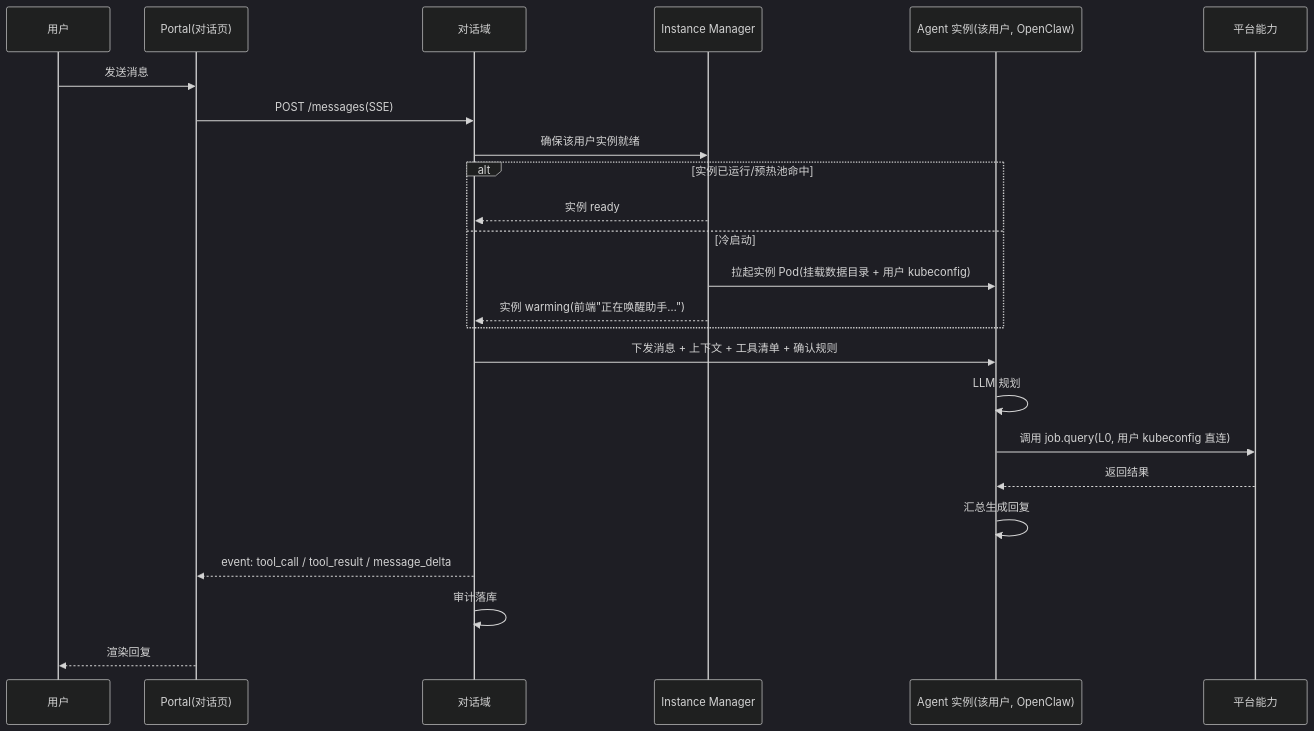
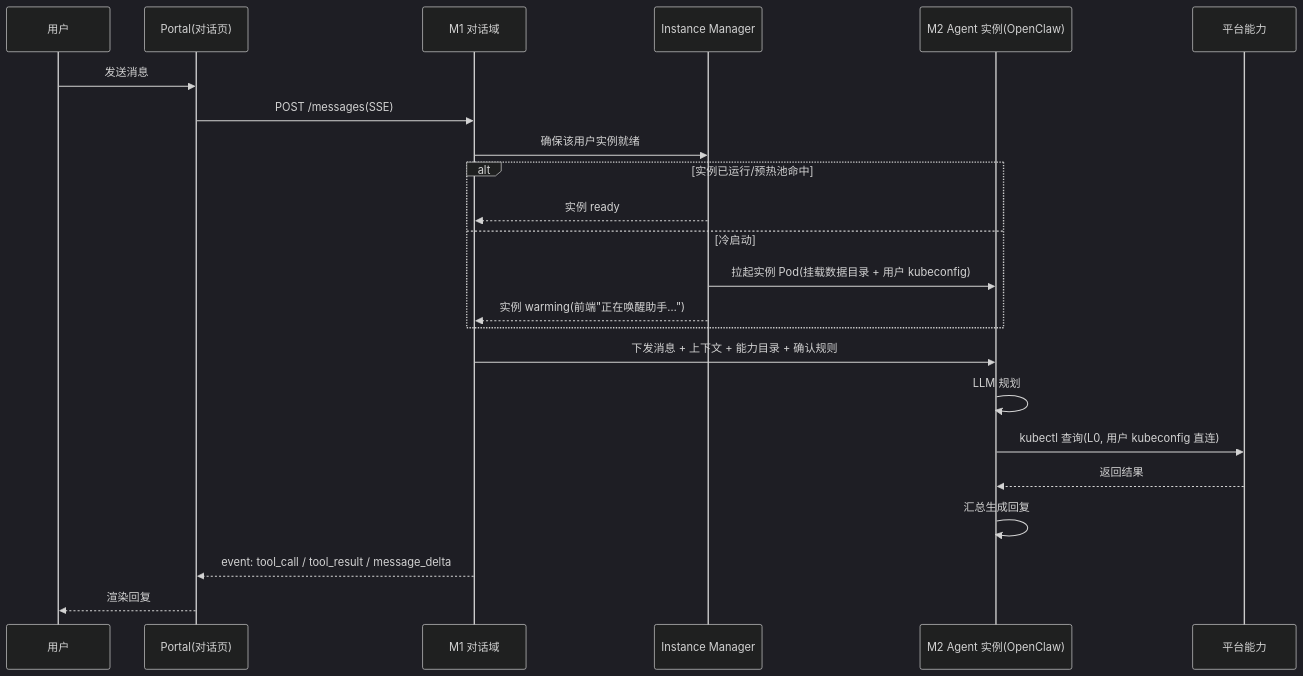
Before and after one commit to suanova/cubepilot: the second of 4 diagrams in docs/CubeStack-平台智能助手-CubePilot-模块设计文档.md, drawn with Mermaid (dark theme). The commit also changed other lines of this file and 3 other files, not shown here.

````diff
--- a/docs/CubeStack-平台智能助手-CubePilot-模块设计文档.md
+++ b/docs/CubeStack-平台智能助手-CubePilot-模块设计文档.md
@@ -349,27 +367,26 @@
 ```mermaid
 sequenceDiagram
     participant U as 用户
     participant P as Portal(对话页)
-    participant M1 as 对话域
+    participant M1 as M1 对话域
     participant IM as Instance Manager
-    participant AG as Agent 实例(该用户, OpenClaw)
+    participant AG as M2 Agent 实例(OpenClaw)
     participant K8s as 平台能力
 
     U->>P: 发送消息
     P->>M1: POST /messages(SSE)
     M1->>IM: 确保该用户实例就绪
     alt 实例已运行/预热池命中
         IM-->>M1: 实例 ready
     else 冷启动
         IM->>AG: 拉起实例 Pod(挂载数据目录 + 用户 kubeconfig)
         IM-->>M1: 实例 warming(前端"正在唤醒助手…")
     end
-    M1->>AG: 下发消息 + 上下文 + 工具清单 + 确认规则
+    M1->>AG: 下发消息 + 上下文 + 能力目录 + 确认规则
     AG->>AG: LLM 规划
-    AG->>K8s: 调用 job.query(L0, 用户 kubeconfig 直连)
+    AG->>K8s: kubectl 查询(L0, 用户 kubeconfig 直连)
     K8s-->>AG: 返回结果
     AG->>AG: 汇总生成回复
     M1-->>P: event: tool_call / tool_result / message_delta
-    M1->>M1: 审计落库
     P-->>U: 渲染回复
 ```
````
